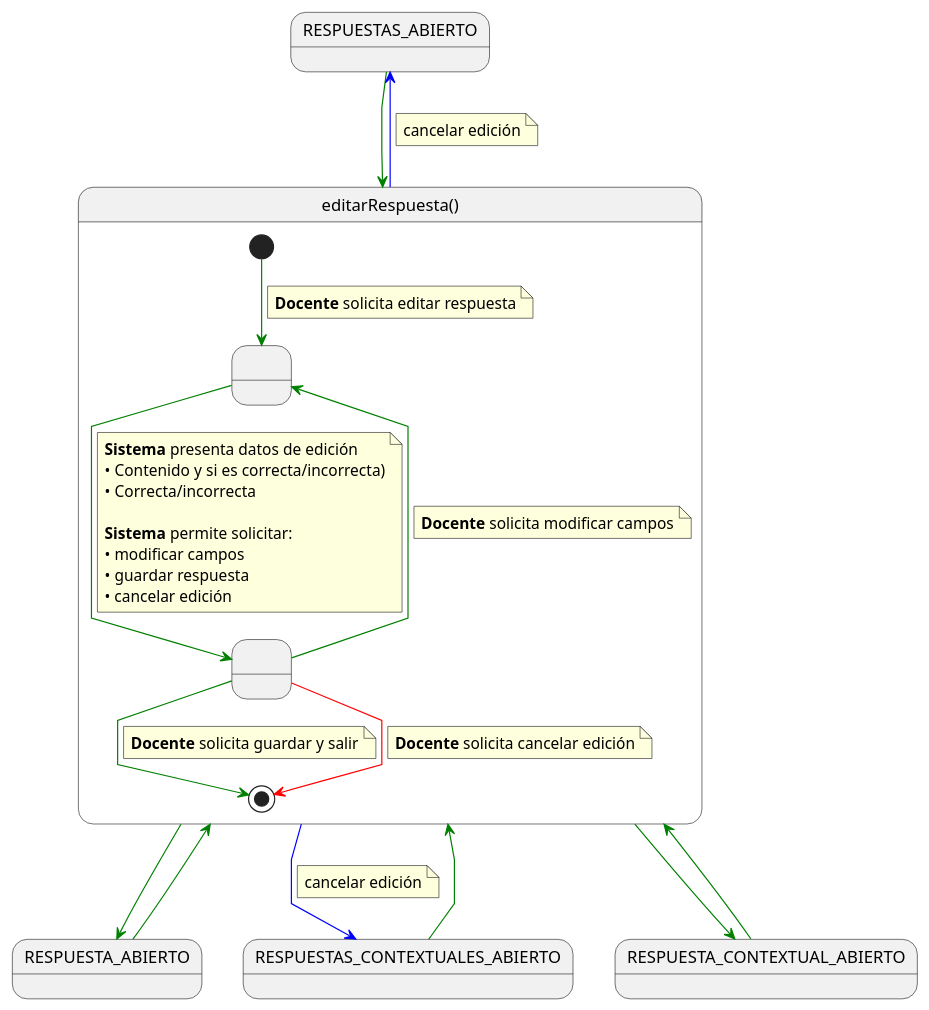
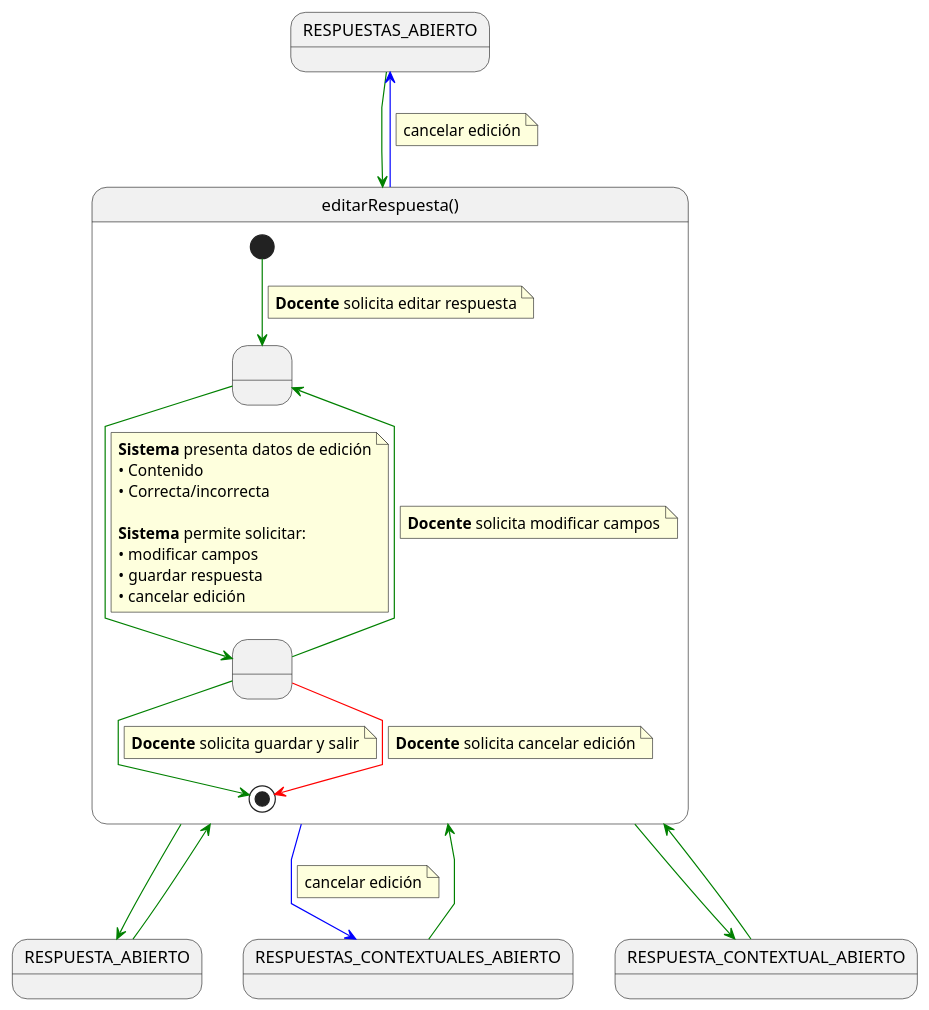
The diagram in documents/casos-de-uso/detalladoCasosDeUso/editarRespuesta/editarRespuesta.puml (martinlopez7/25-26-IdSw1-SdR), drawn with PlantUML before and after one commit. The commit also changed 26 other files, not shown here.

```diff
--- a/documents/casos-de-uso/detalladoCasosDeUso/editarRespuesta/editarRespuesta.puml
+++ b/documents/casos-de-uso/detalladoCasosDeUso/editarRespuesta/editarRespuesta.puml
@@ -1,67 +1,67 @@
 @startuml
 skinparam linetype polyline
 
 state RESPUESTAS_ABIERTO
 state RESPUESTA_ABIERTO
 state RESPUESTAS_CONTEXTUALES_ABIERTO
 state RESPUESTA_CONTEXTUAL_ABIERTO
 
 RESPUESTAS_ABIERTO -[#green]-> editarRespuesta
 RESPUESTA_ABIERTO -[#green]-> editarRespuesta
 RESPUESTAS_CONTEXTUALES_ABIERTO -[#green]-> editarRespuesta
 RESPUESTA_CONTEXTUAL_ABIERTO -[#green]-> editarRespuesta
 
 state editarRespuesta as "editarRespuesta()" {
 
     state " " as EditandoDatos
     state " " as GuardandoDatos 
 
     [*] -[#green]-> EditandoDatos 
     note on link
     <b>Docente</b> solicita editar respuesta
     end note    
     
     EditandoDatos -[#green]-> GuardandoDatos
     note on link
     <b>Sistema</b> presenta datos de edición
-    • Contenido y si es correcta/incorrecta)
+    • Contenido
     • Correcta/incorrecta
 
     <b>Sistema</b> permite solicitar:
     • modificar campos
     • guardar respuesta
     • cancelar edición
     end note
     
     GuardandoDatos -[#green]-> EditandoDatos
     note on link
     <b>Docente</b> solicita modificar campos
     end note
     
     GuardandoDatos -[#green]-> [*]
     note on link
     <b>Docente</b> solicita guardar y salir
     end note
 
     GuardandoDatos -[#red]-> [*]
     note on link
     <b>Docente</b> solicita cancelar edición
     end note
 }
 
 ' 3. Transiciones DE SALIDA desde editarPregunta
 
 editarRespuesta -[#green]-> RESPUESTA_CONTEXTUAL_ABIERTO
 editarRespuesta -[#green]-> RESPUESTA_ABIERTO
 
 editarRespuesta -[#blue]-> RESPUESTAS_ABIERTO
 note on link
 cancelar edición
 end note
 
 editarRespuesta -[#blue]-> RESPUESTAS_CONTEXTUALES_ABIERTO
 note on link
 cancelar edición
 end note
 
 @enduml
```
